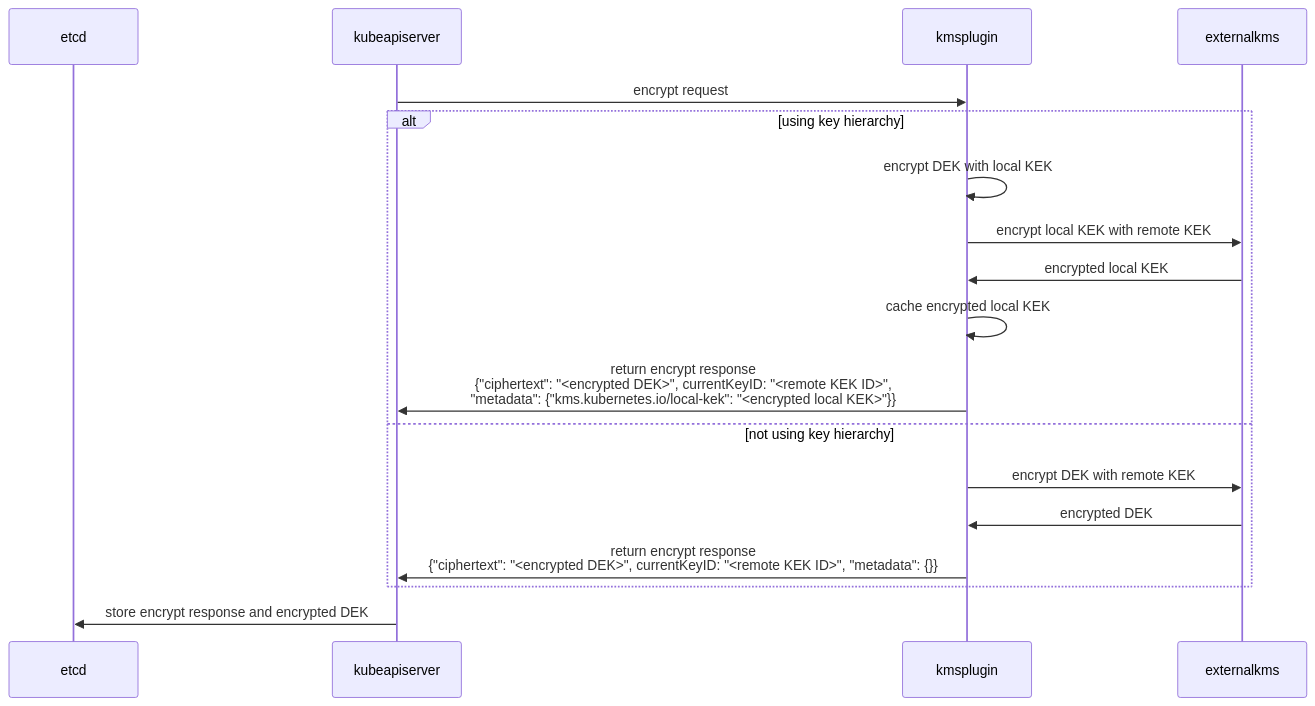
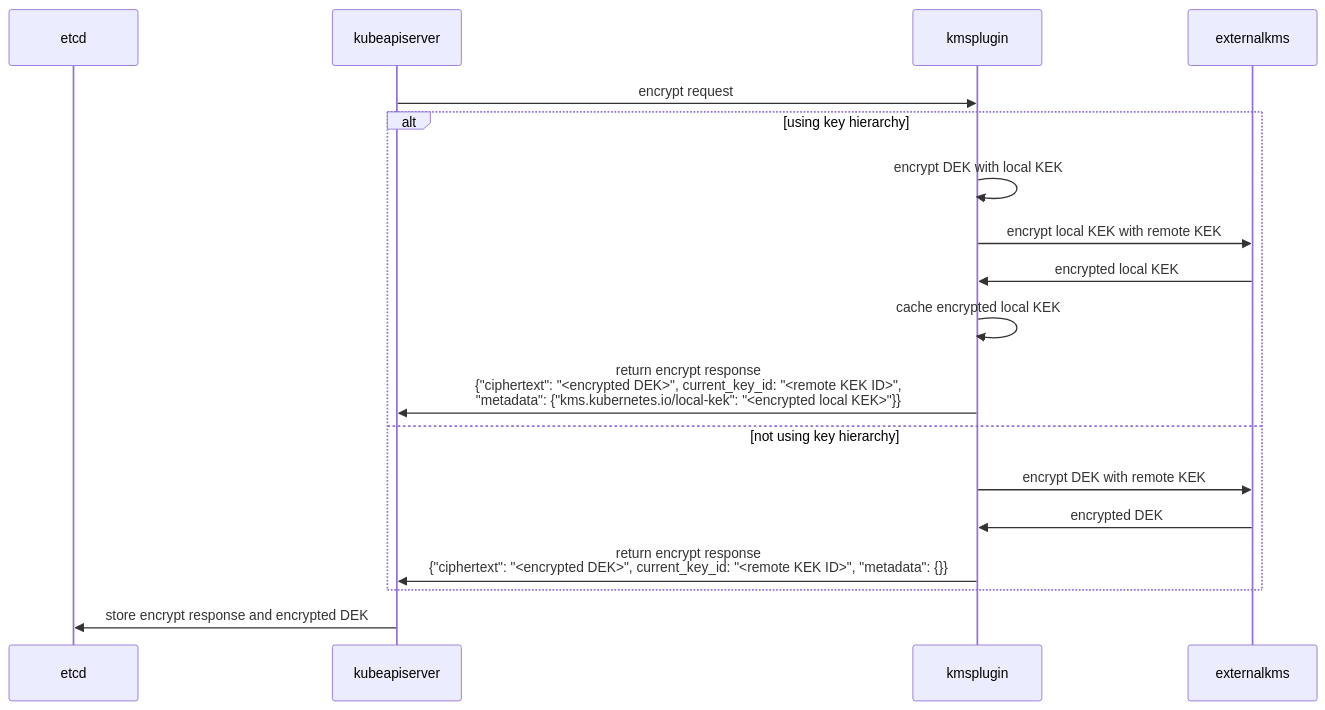
Before and after one commit to kubernetes/enhancements: the first of 2 diagrams in keps/sig-auth/3299-kms-v2-improvements/README.md, drawn with Mermaid. The commit also changed other lines of this file, not shown here.

````diff
--- a/keps/sig-auth/3299-kms-v2-improvements/README.md
+++ b/keps/sig-auth/3299-kms-v2-improvements/README.md
@@ -297,21 +297,21 @@
 ```mermaid
 sequenceDiagram
     participant etcd
     participant kubeapiserver
     participant kmsplugin
     participant externalkms
     kubeapiserver->>kmsplugin: encrypt request
     alt using key hierarchy
         kmsplugin->>kmsplugin: encrypt DEK with local KEK
         kmsplugin->>externalkms: encrypt local KEK with remote KEK
         externalkms->>kmsplugin: encrypted local KEK
         kmsplugin->>kmsplugin: cache encrypted local KEK
-        kmsplugin->>kubeapiserver: return encrypt response <br/> {"ciphertext": "<encrypted DEK>", currentKeyID: "<remote KEK ID>", <br/> "metadata": {"kms.kubernetes.io/local-kek": "<encrypted local KEK>"}}
+        kmsplugin->>kubeapiserver: return encrypt response <br/> {"ciphertext": "<encrypted DEK>", current_key_id: "<remote KEK ID>", <br/> "metadata": {"kms.kubernetes.io/local-kek": "<encrypted local KEK>"}}
     else not using key hierarchy
         %% current behavior
         kmsplugin->>externalkms: encrypt DEK with remote KEK
         externalkms->>kmsplugin: encrypted DEK
-        kmsplugin->>kubeapiserver: return encrypt response <br/> {"ciphertext": "<encrypted DEK>", currentKeyID: "<remote KEK ID>", "metadata": {}}
+        kmsplugin->>kubeapiserver: return encrypt response <br/> {"ciphertext": "<encrypted DEK>", current_key_id: "<remote KEK ID>", "metadata": {}}
     end
     kubeapiserver->>etcd: store encrypt response and encrypted DEK
 ```
````
